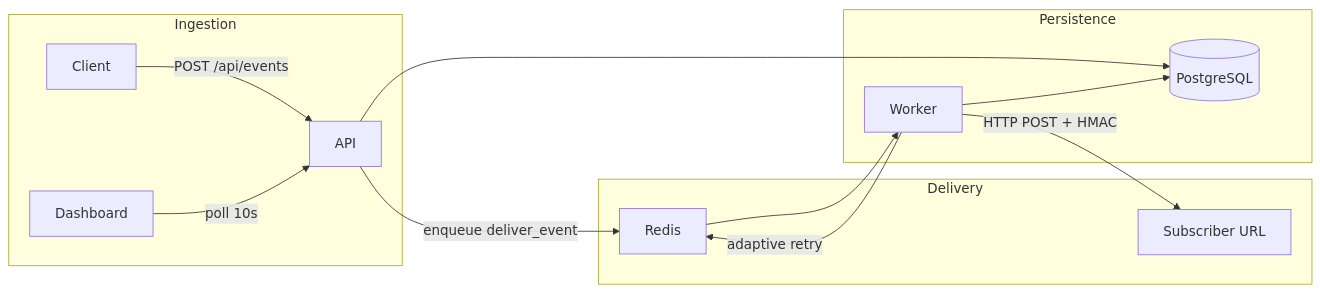
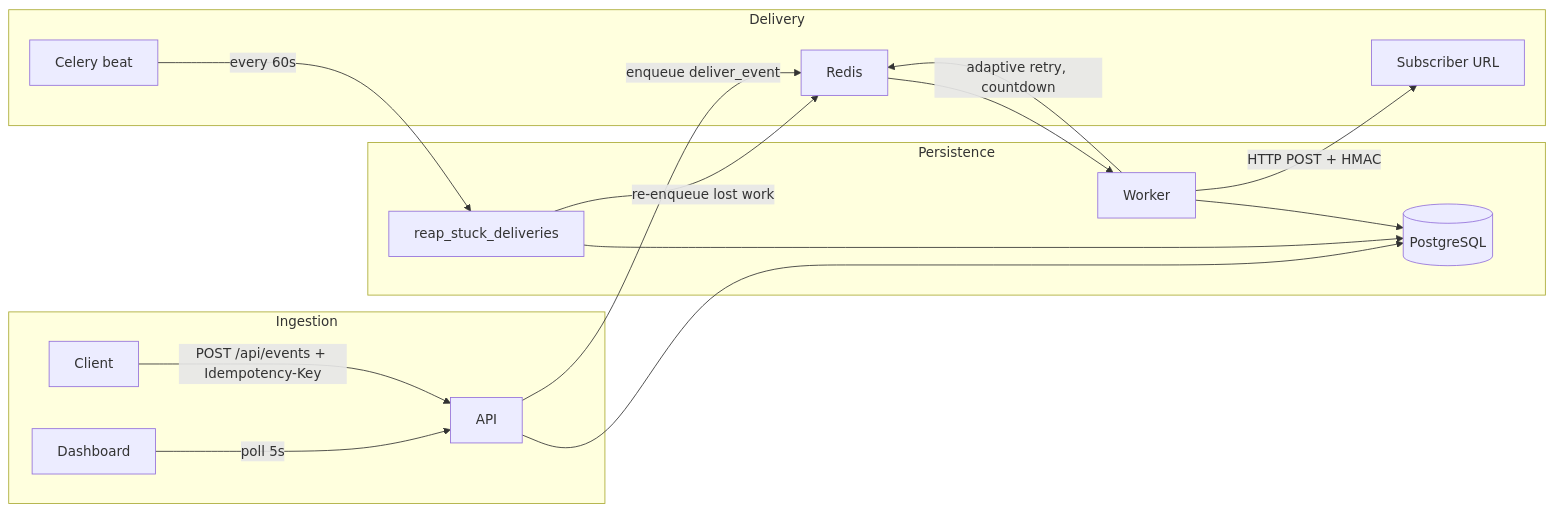
One commit to nayyirahsan/Hookshot changed the diagram in README.md. Above: the diagram before and after it, drawn with Mermaid. The commit also changed other lines of this file and 7 other files, not shown here.

````diff
--- a/README.md
+++ b/README.md
@@ -7,19 +9,22 @@
 ```mermaid
 flowchart LR
   subgraph ingest [Ingestion]
-    Client -->|POST /api/events| API
-    Dashboard -->|poll 10s| API
+    Client -->|POST /api/events + Idempotency-Key| API
+    Dashboard -->|poll 5s| API
   end
 
   subgraph storage [Persistence]
     API --> PG[(PostgreSQL)]
     Worker --> PG
+    Reaper --> PG
   end
 
   subgraph delivery [Delivery]
     API -->|enqueue deliver_event| Redis
     Redis --> Worker
     Worker -->|HTTP POST + HMAC| Endpoint[Subscriber URL]
-    Worker -->|adaptive retry| Redis
+    Worker -->|adaptive retry, countdown| Redis
+    Beat[Celery beat] -->|every 60s| Reaper[reap_stuck_deliveries]
+    Reaper -->|re-enqueue lost work| Redis
   end
 ```
````
